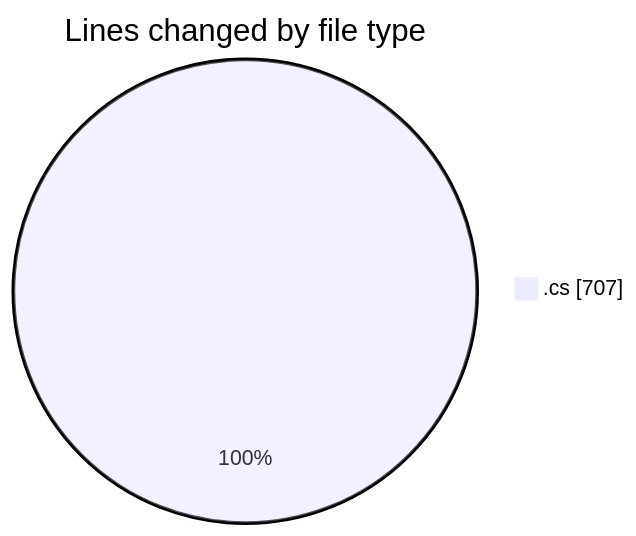
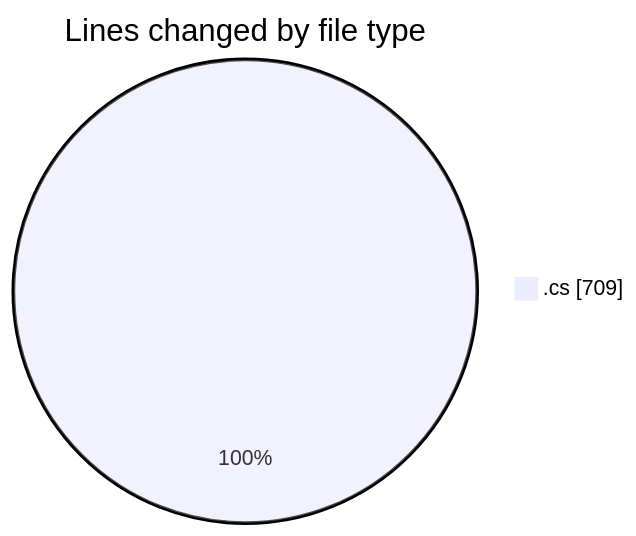
Before and after one commit to Netris89/code-tracking: the first of 2 diagrams in 2025-04-01/back-end/README.md, drawn with Mermaid. The commit also changed other lines of this file and 1 other file, not shown here.

````diff
--- a/2025-04-01/back-end/README.md
+++ b/2025-04-01/back-end/README.md
@@ -23,5 +23,5 @@
 ```mermaid
 pie showData
 title Lines changed by file type
-".cs" : 707
+".cs" : 709
 ```
````
